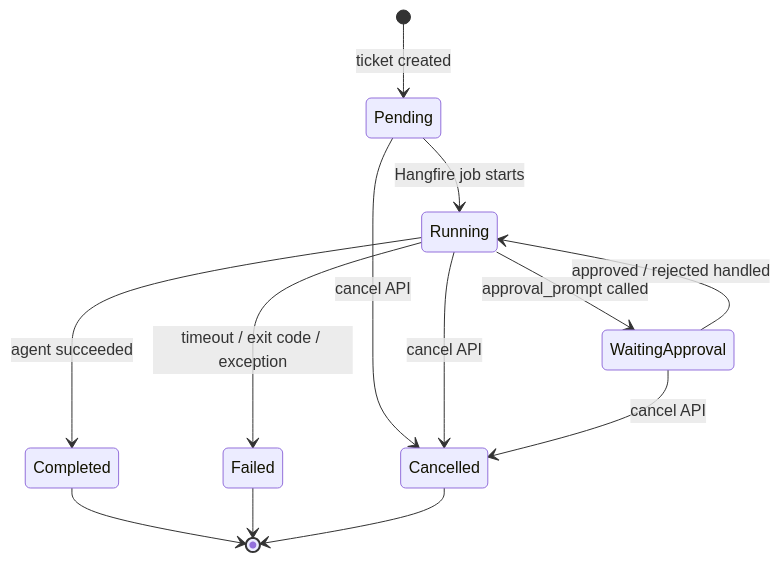
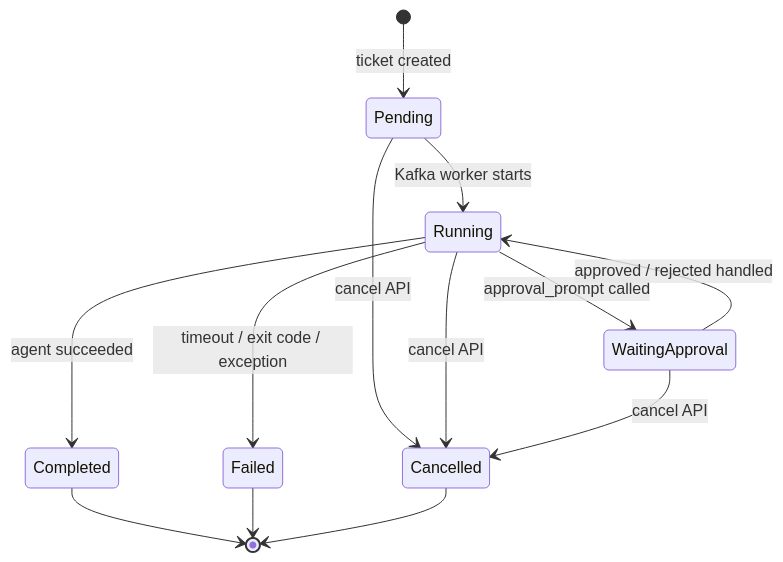
One commit to zzanghyunmoo/ReplaceMe changed the diagram in docs/features/ticket-management.md. Above: the diagram before and after it, drawn with Mermaid. The commit also changed other lines of this file and 22 other files, not shown here.

````diff
--- a/docs/features/ticket-management.md
+++ b/docs/features/ticket-management.md
@@ -39,15 +39,15 @@
 ```mermaid
 stateDiagram-v2
     [*] --> Pending: ticket created
-    Pending --> Running: Hangfire job starts
+    Pending --> Running: Kafka worker starts
     Running --> WaitingApproval: approval_prompt called
     WaitingApproval --> Running: approved / rejected handled
     Running --> Completed: agent succeeded
     Running --> Failed: timeout / exit code / exception
     Pending --> Cancelled: cancel API
     Running --> Cancelled: cancel API
     WaitingApproval --> Cancelled: cancel API
     Completed --> [*]
     Failed --> [*]
     Cancelled --> [*]
 ```
````
